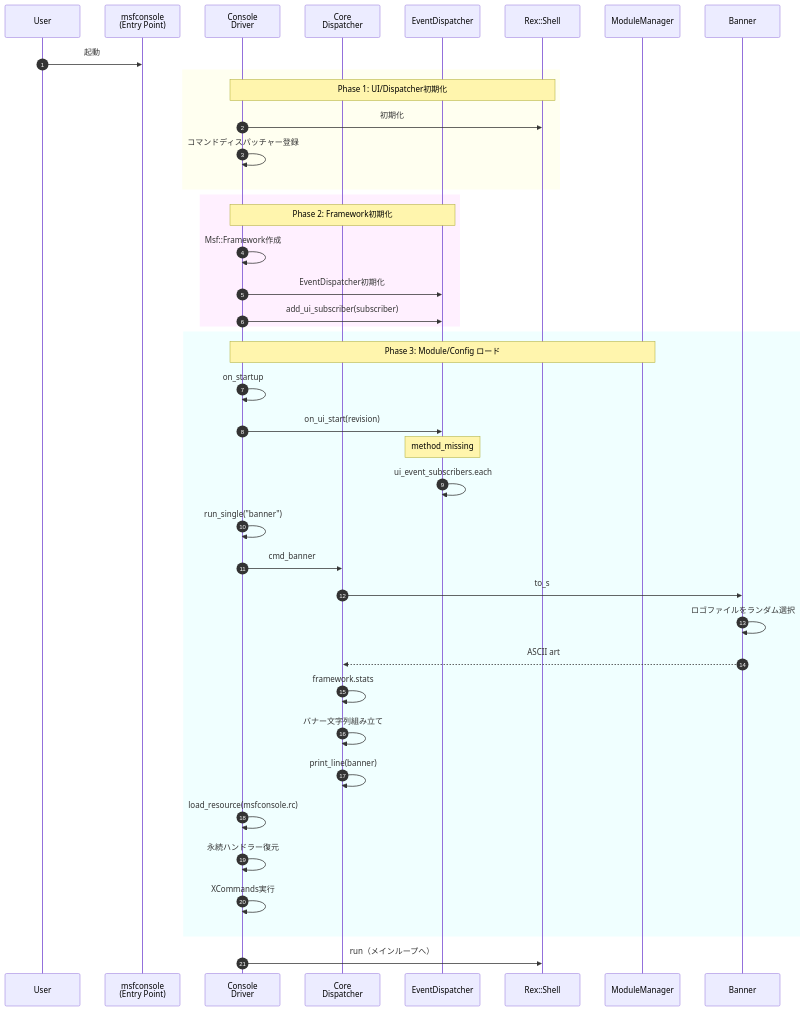
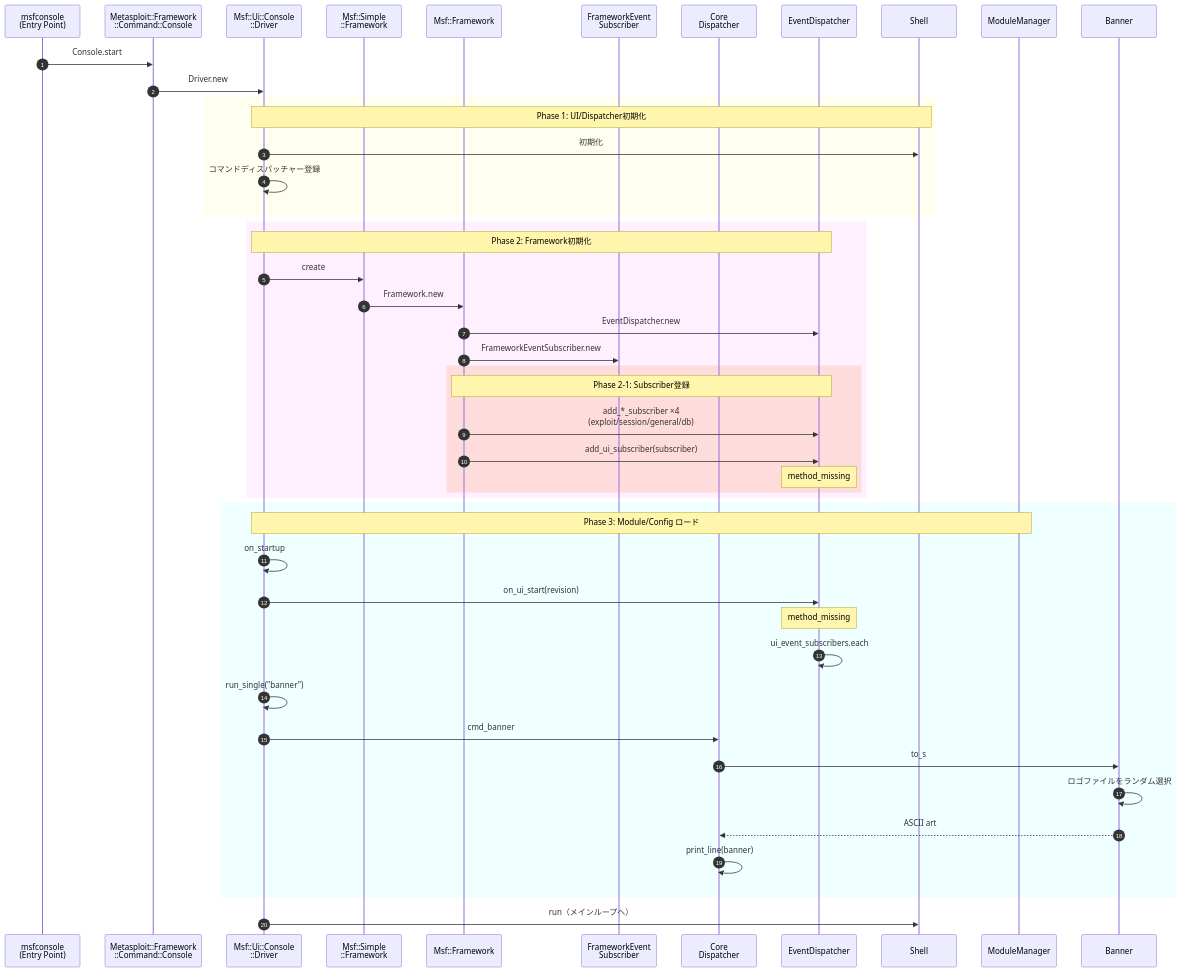
Before and after one commit to uraitakahito/metasploit-framework: the first of 3 diagrams in docs/msfconsole-internals.md, drawn with Mermaid. The commit also changed other lines of this file, not shown here.

First line of the commit message:
Update msfconsole-internals.md with detailed startup flow

````diff
--- a/docs/msfconsole-internals.md
+++ b/docs/msfconsole-internals.md
@@ -7,46 +7,52 @@
 ```mermaid
 sequenceDiagram
     autonumber
-    participant User as User
     participant msfconsole as msfconsole<br/>(Entry Point)
-    participant Driver as Console<br/>Driver
+    participant Console as Metasploit::Framework<br/>::Command::Console
+    participant Driver as Msf::Ui::Console<br/>::Driver
+    participant SimpleFramework as Msf::Simple<br/>::Framework
+    participant Framework as Msf::Framework
+    participant FES as FrameworkEvent<br/>Subscriber
     participant Core as Core<br/>Dispatcher
     participant EventDispatcher as EventDispatcher
-    participant Shell as Rex::Shell
 
-    User->>msfconsole: 起動
+    msfconsole->>Console: Console.start
+    Console->>Driver: Driver.new
 
     rect rgb(255, 255, 240)
         Note over Driver,Shell: Phase 1: UI/Dispatcher初期化
         Driver->>Shell: 初期化
         Driver->>Driver: コマンドディスパッチャー登録
     end
 
     rect rgb(255, 240, 255)
         Note over Driver,EventDispatcher: Phase 2: Framework初期化
-        Driver->>Driver: Msf::Framework作成
-        Driver->>EventDispatcher: EventDispatcher初期化
-        Driver->>EventDispatcher: add_ui_subscriber(subscriber)
+        Driver->>SimpleFramework: create
+        SimpleFramework->>Framework: Framework.new
+        Framework->>EventDispatcher: EventDispatcher.new
+        Framework->>FES: FrameworkEventSubscriber.new
+
+        rect rgb(255, 220, 220)
+            Note over Framework,EventDispatcher: Phase 2-1: Subscriber登録
+            Framework->>EventDispatcher: add_*_subscriber ×4<br/>(exploit/session/general/db)
+            Framework->>EventDispatcher: add_ui_subscriber(subscriber)
+            Note over EventDispatcher: method_missing
+        end
     end
 
     rect rgb(240, 255, 255)
         Note over Driver,ModuleManager: Phase 3: Module/Config ロード
         Driver->>Driver: on_startup
         Driver->>EventDispatcher: on_ui_start(revision)
         Note over EventDispatcher: method_missing
         EventDispatcher->>EventDispatcher: ui_event_subscribers.each
         Driver->>Driver: run_single("banner")
         Driver->>Core: cmd_banner
         Core->>Banner: to_s
         Banner->>Banner: ロゴファイルをランダム選択
         Banner-->>Core: ASCII art
-        Core->>Core: framework.stats
-        Core->>Core: バナー文字列組み立て
         Core->>Core: print_line(banner)
-        Driver->>Driver: load_resource(msfconsole.rc)
-        Driver->>Driver: 永続ハンドラー復元
-        Driver->>Driver: XCommands実行
     end
 
     Driver->>Shell: run（メインループへ）
 ```
````
